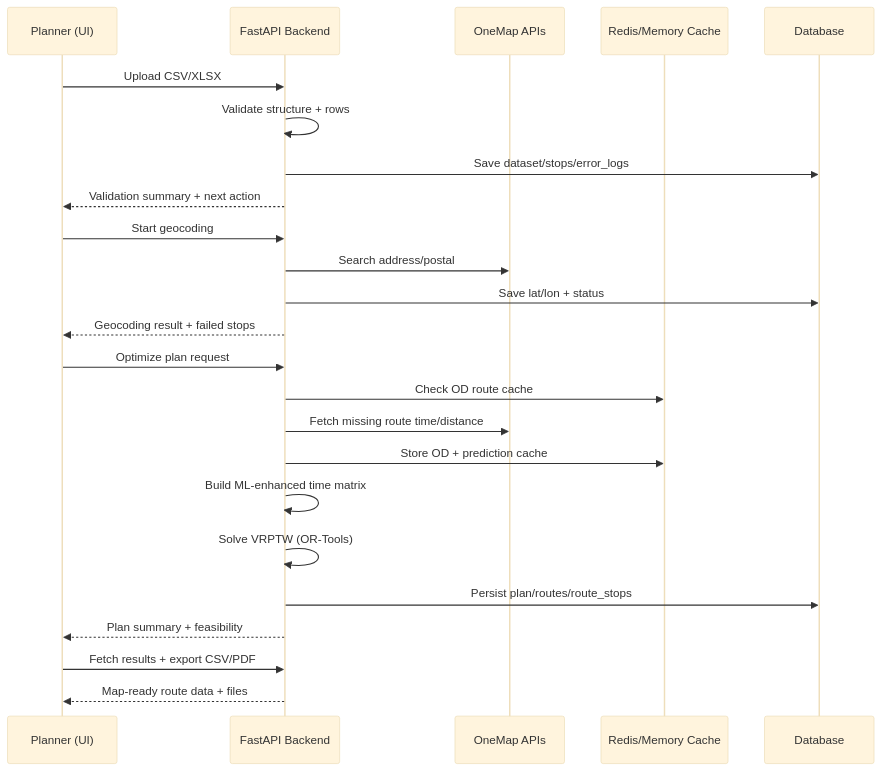
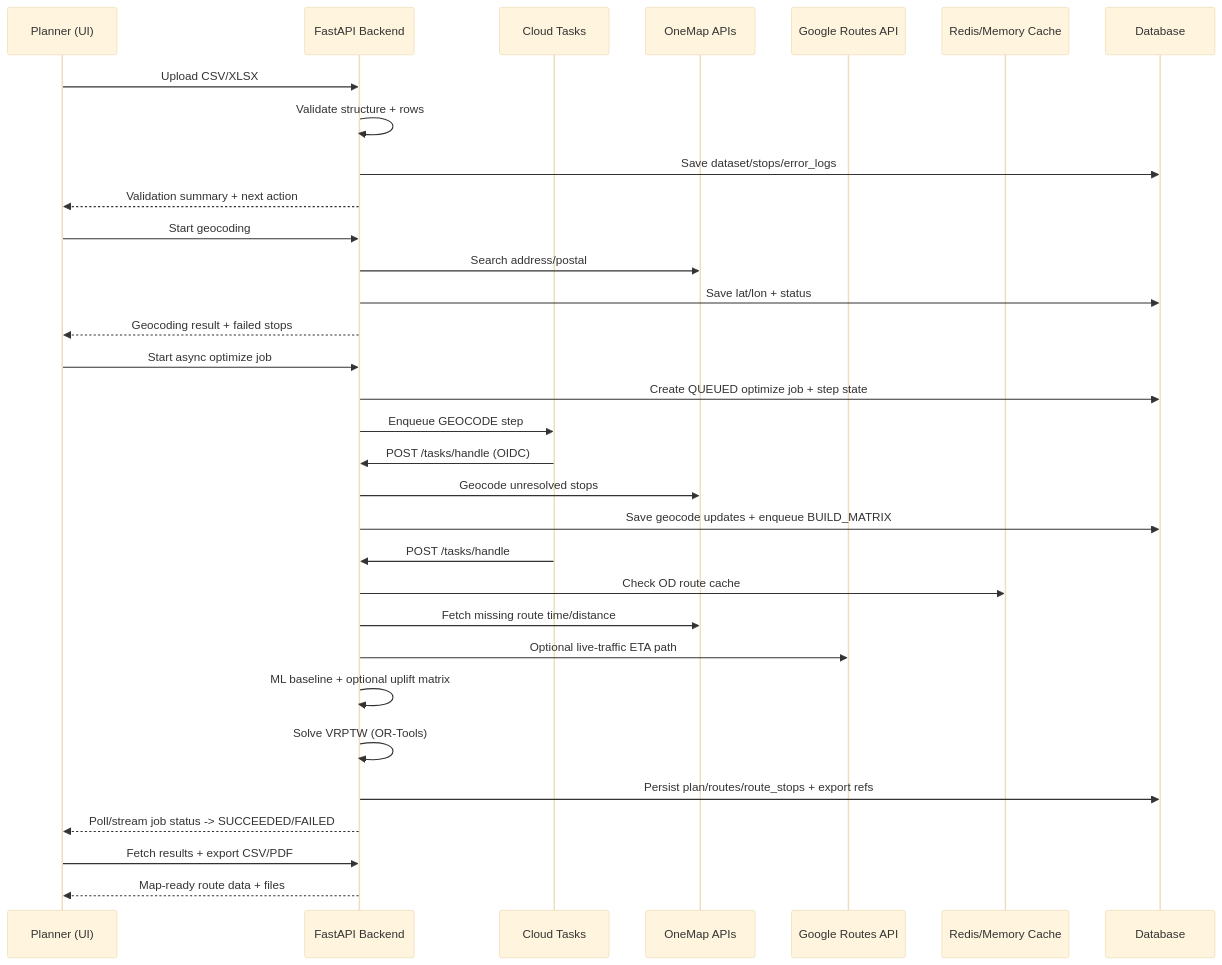
One commit to jasonjlcl/SG-Route-OPT changed the second of 4 diagrams in ARCHITECTURE.md. Above: the diagram before and after it, drawn with Mermaid (base theme). The commit also changed other lines of this file and 1 other file, not shown here.

Commit message:
docs: refresh architecture and runtime snapshot

````diff
--- a/ARCHITECTURE.md
+++ b/ARCHITECTURE.md
@@ -48,30 +48,38 @@
 ```mermaid
 sequenceDiagram
     participant Planner as Planner (UI)
     participant API as FastAPI Backend
+    participant Tasks as Cloud Tasks
     participant OneMap as OneMap APIs
+    participant Google as Google Routes API
     participant Cache as Redis/Memory Cache
     participant DB as Database
 
     Planner->>API: Upload CSV/XLSX
     API->>API: Validate structure + rows
     API->>DB: Save dataset/stops/error_logs
     API-->>Planner: Validation summary + next action
 
     Planner->>API: Start geocoding
     API->>OneMap: Search address/postal
     API->>DB: Save lat/lon + status
     API-->>Planner: Geocoding result + failed stops
 
-    Planner->>API: Optimize plan request
+    Planner->>API: Start async optimize job
+    API->>DB: Create QUEUED optimize job + step state
+    API->>Tasks: Enqueue GEOCODE step
+    Tasks->>API: POST /tasks/handle (OIDC)
+    API->>OneMap: Geocode unresolved stops
+    API->>DB: Save geocode updates + enqueue BUILD_MATRIX
+    Tasks->>API: POST /tasks/handle
     API->>Cache: Check OD route cache
     API->>OneMap: Fetch missing route time/distance
-    API->>Cache: Store OD + prediction cache
-    API->>API: Build ML-enhanced time matrix
+    API->>Google: Optional live-traffic ETA path
+    API->>API: ML baseline + optional uplift matrix
     API->>API: Solve VRPTW (OR-Tools)
-    API->>DB: Persist plan/routes/route_stops
-    API-->>Planner: Plan summary + feasibility
+    API->>DB: Persist plan/routes/route_stops + export refs
+    API-->>Planner: Poll/stream job status -> SUCCEEDED/FAILED
 
     Planner->>API: Fetch results + export CSV/PDF
     API-->>Planner: Map-ready route data + files
 ```
````
